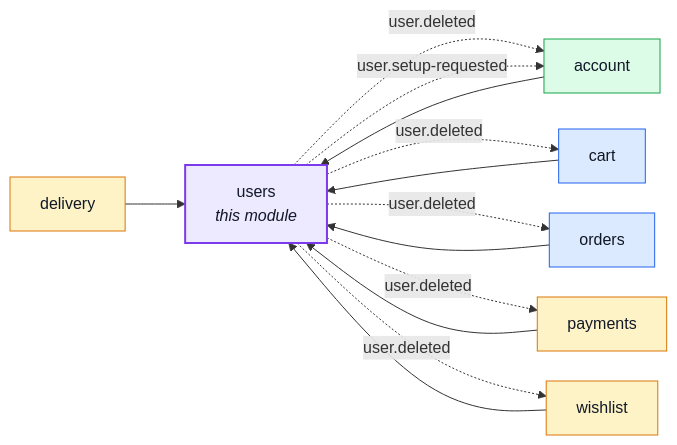
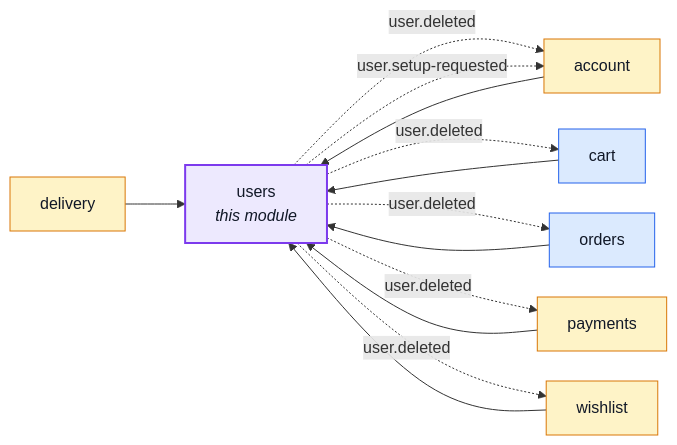
Before and after one commit to Guebbit/boilerplate-node-backend: the first of 2 diagrams in docs/modules/users.md, drawn with Mermaid. The commit also changed 13 other files, not shown here.

````diff
--- a/docs/modules/users.md
+++ b/docs/modules/users.md
@@ -16,33 +16,32 @@
 ```mermaid
 %%{init: {'flowchart': {'nodeSpacing': 30, 'rankSpacing': 60}}}%%
 flowchart LR
     users["users<br/><i>this module</i>"]
     account["account"]
     cart["cart"]
     delivery["delivery"]
     orders["orders"]
     payments["payments"]
     wishlist["wishlist"]
 
     account --> users
     cart --> users
     delivery --> users
     orders --> users
     payments --> users
     wishlist --> users
     users -. "user.deleted" .-> account
     users -. "user.setup-requested" .-> account
     users -. "user.deleted" .-> cart
     users -. "user.deleted" .-> orders
     users -. "user.deleted" .-> payments
     users -. "user.deleted" .-> wishlist
 
     classDef core fill:#dbeafe,stroke:#2563eb,color:#111827;
     classDef supporting fill:#fef3c7,stroke:#d97706,color:#111827;
     classDef generic fill:#dcfce7,stroke:#16a34a,color:#111827;
     classDef centre fill:#ede9fe,stroke:#7c3aed,stroke-width:2px,color:#111827;
     class cart,orders core;
-    class delivery,payments,wishlist supporting;
-    class account generic;
+    class account,delivery,payments,wishlist supporting;
     class users centre;
 ```
````
